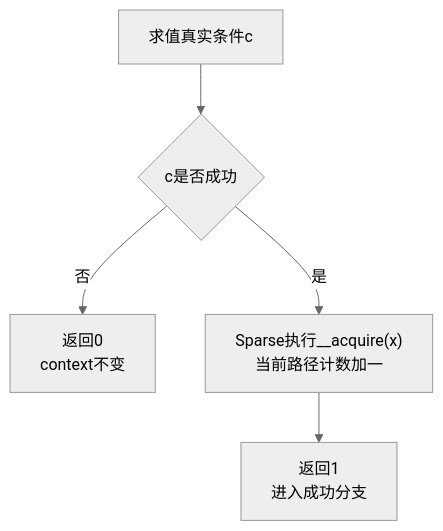
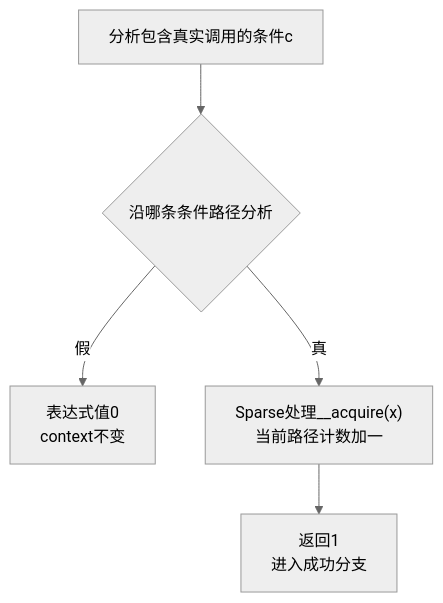
The first of 2 diagrams in knowledge/foundations/c_language/kernel_static_annotations/P04_Sparse上下文与控制流记账.md (FormingSystem/linux_note), drawn with Mermaid (neutral theme) before and after one commit. The commit also changed other lines of this file and 20 other files, not shown here.

````diff
--- a/knowledge/foundations/c_language/kernel_static_annotations/P04_Sparse上下文与控制流记账.md
+++ b/knowledge/foundations/c_language/kernel_static_annotations/P04_Sparse上下文与控制流记账.md
@@ -326,7 +363,7 @@
 ```mermaid
 flowchart TD
-    C["求值真实条件c"] --> Q{"c是否成功"}
-    Q -->|"否"| F["返回0<br/>context不变"]
-    Q -->|"是"| A["Sparse执行__acquire(x)<br/>当前路径计数加一"]
+    C["分析包含真实调用的条件c"] --> Q{"沿哪条条件路径分析"}
+    Q -->|"假"| F["表达式值0<br/>context不变"]
+    Q -->|"真"| A["Sparse处理__acquire(x)<br/>当前路径计数加一"]
     A --> T["返回1<br/>进入成功分支"]
 ```
````
